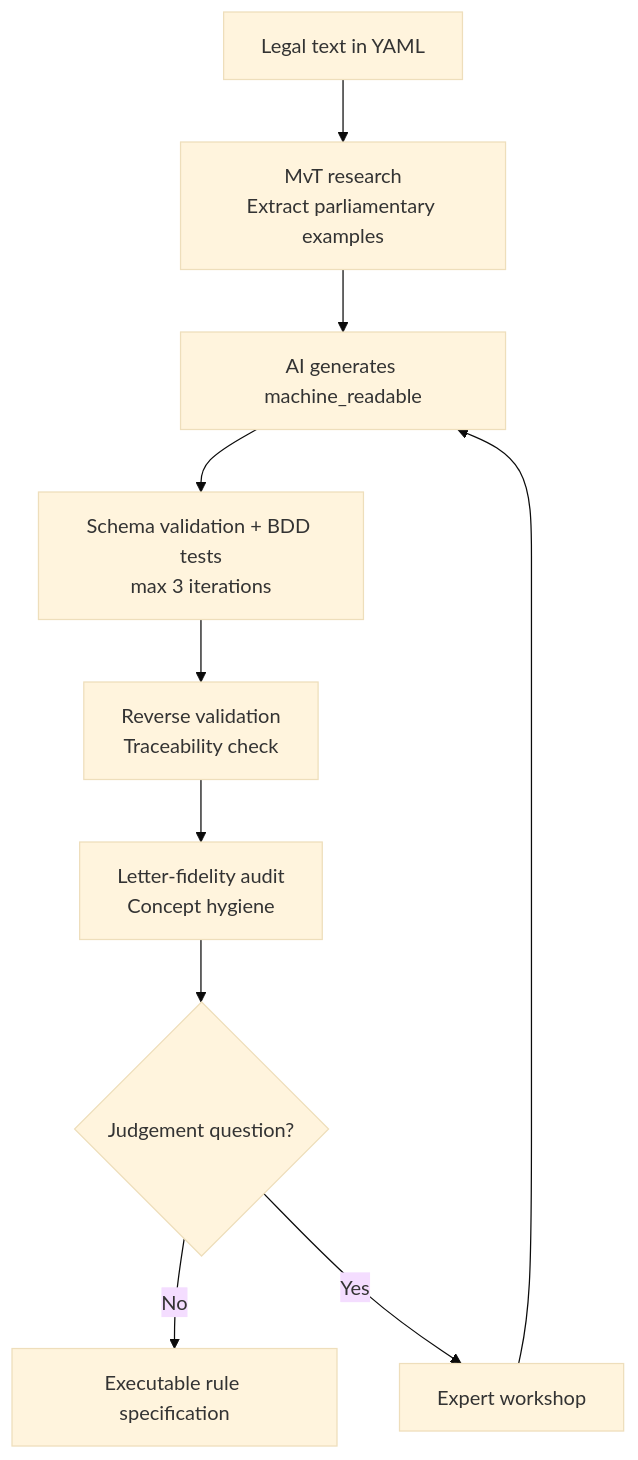
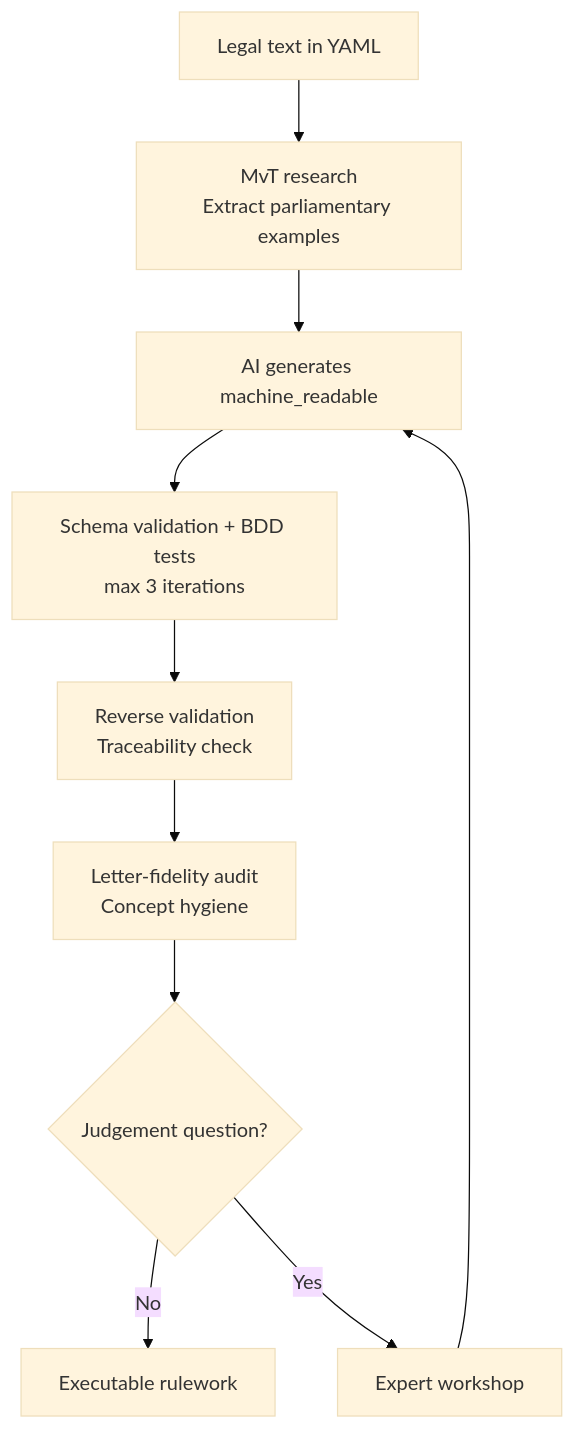
One commit to MinBZK/regelrecht changed the third of 5 diagrams in docs/src/content/docs/concepts/validation-methodology.md. Above: the diagram before and after it, drawn with Mermaid (base theme). The commit also changed other lines of this file and 57 other files, not shown here.

````diff
--- a/docs/src/content/docs/concepts/validation-methodology.md
+++ b/docs/src/content/docs/concepts/validation-methodology.md
@@ -120,12 +120,12 @@
 ```mermaid
 flowchart TD
     A[Legal text in YAML] --> B[MvT research\nExtract parliamentary examples]
     B --> C[AI generates machine_readable]
     C --> D[Schema validation + BDD tests\nmax 3 iterations]
     D --> E[Reverse validation\nTraceability check]
     E --> F[Letter-fidelity audit\nConcept hygiene]
     F --> G{Judgement question?}
-    G -->|No| H[Executable rule specification]
+    G -->|No| H[Executable rulework]
     G -->|Yes| W[Expert workshop]
     W --> C
 ```
````
